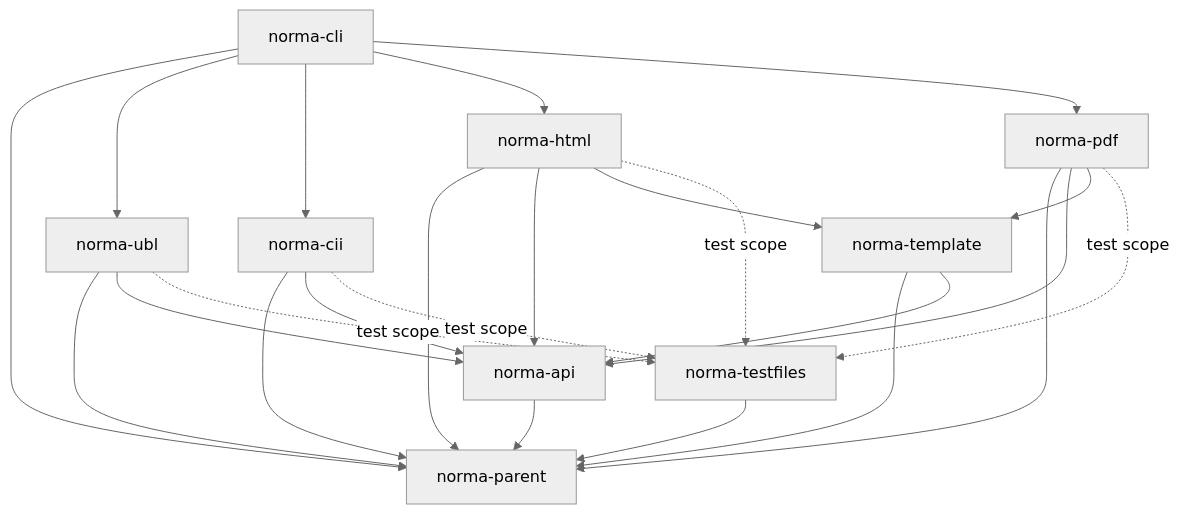
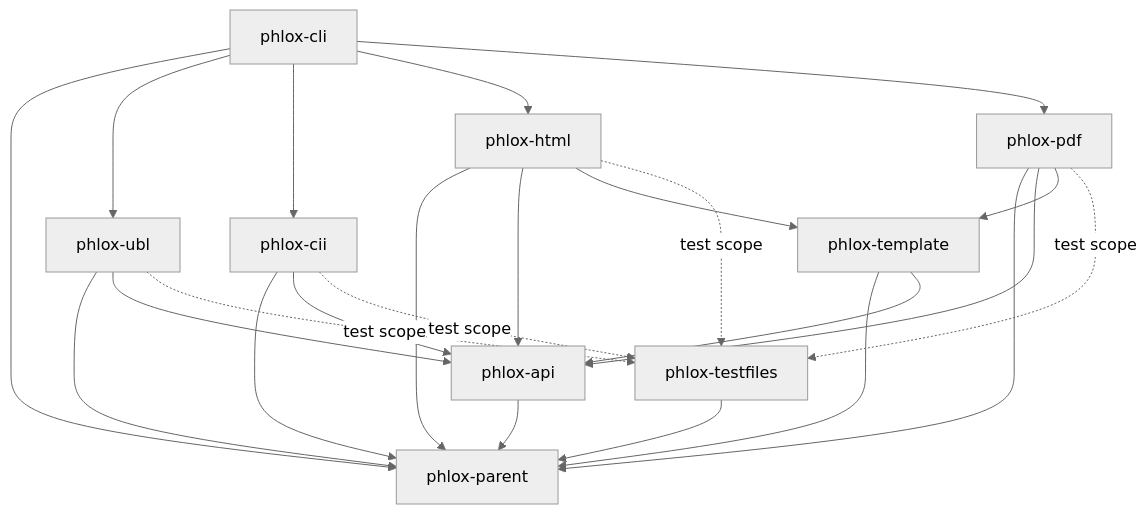
The diagram in wiki/Maven-Module-Structure.md (greedwhale/phlox), drawn with Mermaid (neutral theme) before and after one commit. The commit also changed other lines of this file and 331 other files, not shown here.

````diff
--- a/wiki/Maven-Module-Structure.md
+++ b/wiki/Maven-Module-Structure.md
@@ -11,39 +11,39 @@
 ```mermaid
 graph TD
-    parent[norma-parent]
-    api[norma-api]
-    ubl[norma-ubl]
-    cii[norma-cii]
-    template[norma-template]
-    html[norma-html]
-    pdf[norma-pdf]
-    cli[norma-cli]
-    testfiles[norma-testfiles]
+    parent[phlox-parent]
+    api[phlox-api]
+    ubl[phlox-ubl]
+    cii[phlox-cii]
+    template[phlox-template]
+    html[phlox-html]
+    pdf[phlox-pdf]
+    cli[phlox-cli]
+    testfiles[phlox-testfiles]
 
     api       --> parent
     ubl       --> parent
     cii       --> parent
     template  --> parent
     html      --> parent
     pdf       --> parent
     cli       --> parent
     testfiles --> parent
 
     ubl       --> api
     cii       --> api
     template  --> api
     html      --> api
     html      --> template
     pdf       --> api
     pdf       --> template
 
     cli  --> ubl
     cli  --> cii
     cli  --> html
     cli  --> pdf
 
     ubl  -. test scope .-> testfiles
     cii  -. test scope .-> testfiles
     html -. test scope .-> testfiles
     pdf  -. test scope .-> testfiles
 ```
````
